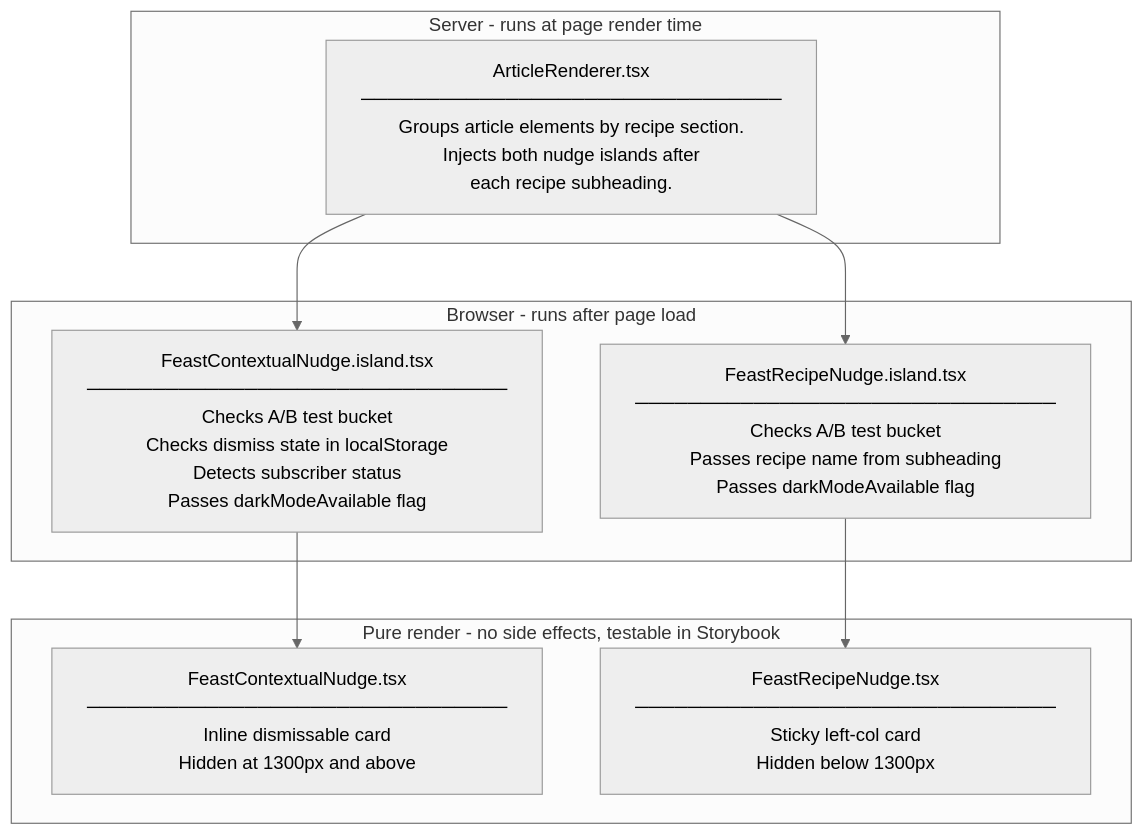
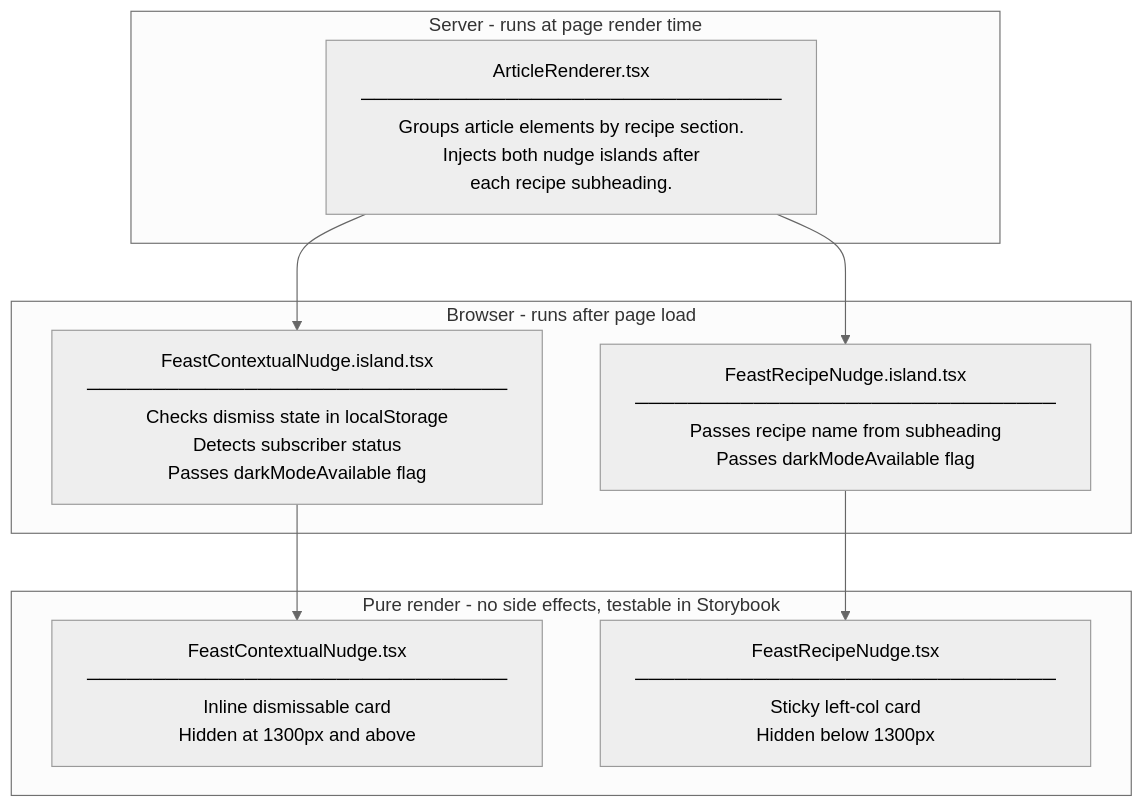
Before and after one commit to guardian/dotcom-rendering: the fourth of 7 diagrams in dotcom-rendering/docs/feast-recipe-nudges.md, drawn with Mermaid (neutral theme). The commit also changed other lines of this file and 4 other files, not shown here.

Commit message:
feat: remove A/B test for Feast contextual nudge and clean up related code

````diff
--- a/dotcom-rendering/docs/feast-recipe-nudges.md
+++ b/dotcom-rendering/docs/feast-recipe-nudges.md
@@ -194,21 +171,21 @@
 ```mermaid
 graph TD
     subgraph "Server - runs at page render time"
         AR["ArticleRenderer.tsx\n────────────────────────────────\nGroups article elements by recipe section.\nInjects both nudge islands after\neach recipe subheading."]
     end
 
     subgraph "Browser - runs after page load"
-        CI["FeastContextualNudge.island.tsx\n────────────────────────────────\nChecks A/B test bucket\nChecks dismiss state in localStorage\nDetects subscriber status\nPasses darkModeAvailable flag"]
-        RI["FeastRecipeNudge.island.tsx\n────────────────────────────────\nChecks A/B test bucket\nPasses recipe name from subheading\nPasses darkModeAvailable flag"]
+        CI["FeastContextualNudge.island.tsx\n────────────────────────────────\nChecks dismiss state in localStorage\nDetects subscriber status\nPasses darkModeAvailable flag"]
+        RI["FeastRecipeNudge.island.tsx\n────────────────────────────────\nPasses recipe name from subheading\nPasses darkModeAvailable flag"]
     end
 
     subgraph "Pure render - no side effects, testable in Storybook"
         C["FeastContextualNudge.tsx\n────────────────────────────────\nInline dismissable card\nHidden at 1300px and above"]
         R["FeastRecipeNudge.tsx\n────────────────────────────────\nSticky left-col card\nHidden below 1300px"]
     end
 
     AR --> CI
     AR --> RI
     CI --> C
     RI --> R
 ```
````
